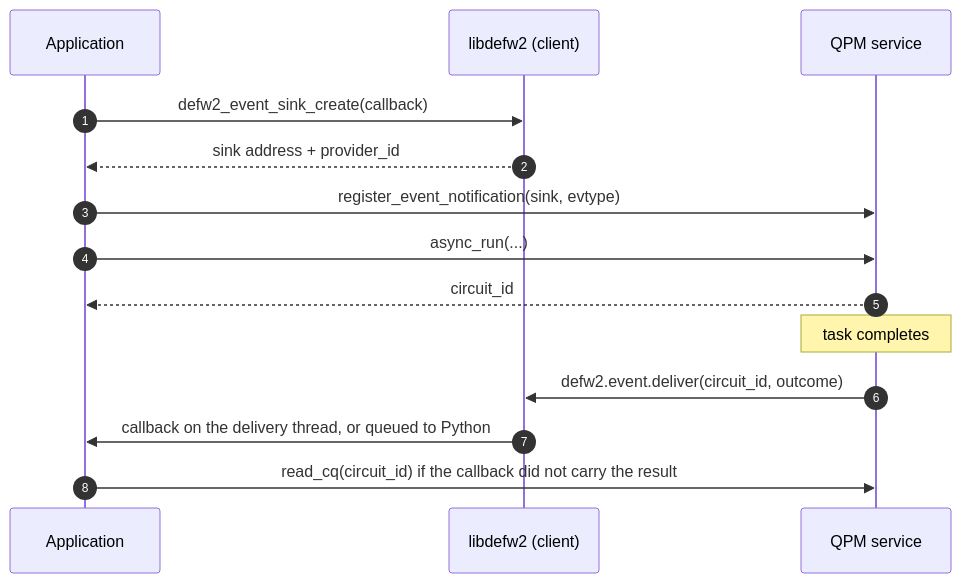
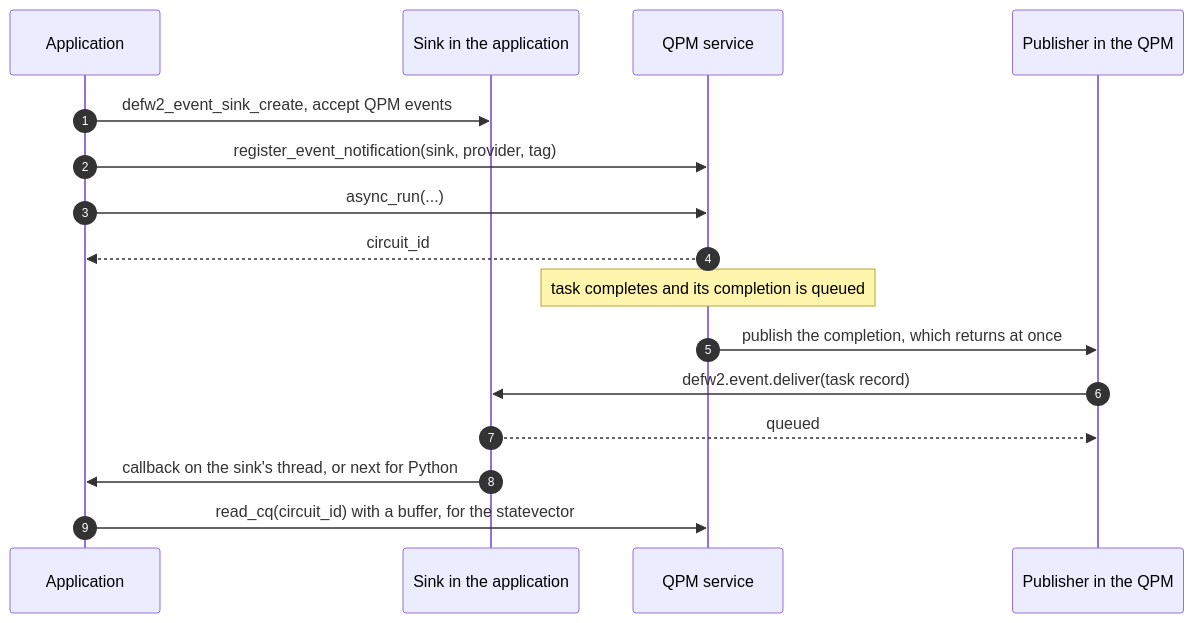
One commit to openQSE/DEFw changed the sixth of 9 diagrams in docs/design_v2.md. Above: the diagram before and after it, drawn with Mermaid. The commit also changed other lines of this file and 1 other file, not shown here.

First line of the commit message:
DEFw: document events

````diff
--- a/docs/design_v2.md
+++ b/docs/design_v2.md
@@ -927,17 +948,19 @@
 ```mermaid
 sequenceDiagram
     autonumber
     participant App as Application
-    participant Lib as libdefw2 (client)
+    participant Sink as Sink in the application
     participant QPM as QPM service
+    participant Pub as Publisher in the QPM
 
-    App->>Lib: defw2_event_sink_create(callback)
-    Lib-->>App: sink address + provider_id
-    App->>QPM: register_event_notification(sink, evtype)
+    App->>Sink: defw2_event_sink_create, accept QPM events
+    App->>QPM: register_event_notification(sink, provider, tag)
     App->>QPM: async_run(...)
     QPM-->>App: circuit_id
-    Note over QPM: task completes
-    QPM->>Lib: defw2.event.deliver(circuit_id, outcome)
-    Lib->>App: callback on the delivery thread, or queued to Python
-    App->>QPM: read_cq(circuit_id) if the callback did not carry the result
+    Note over QPM: task completes and its completion is queued
+    QPM->>Pub: publish the completion, which returns at once
+    Pub->>Sink: defw2.event.deliver(task record)
+    Sink-->>Pub: queued
+    Sink->>App: callback on the sink's thread, or next for Python
+    App->>QPM: read_cq(circuit_id) with a buffer, for the statevector
 ```
````
